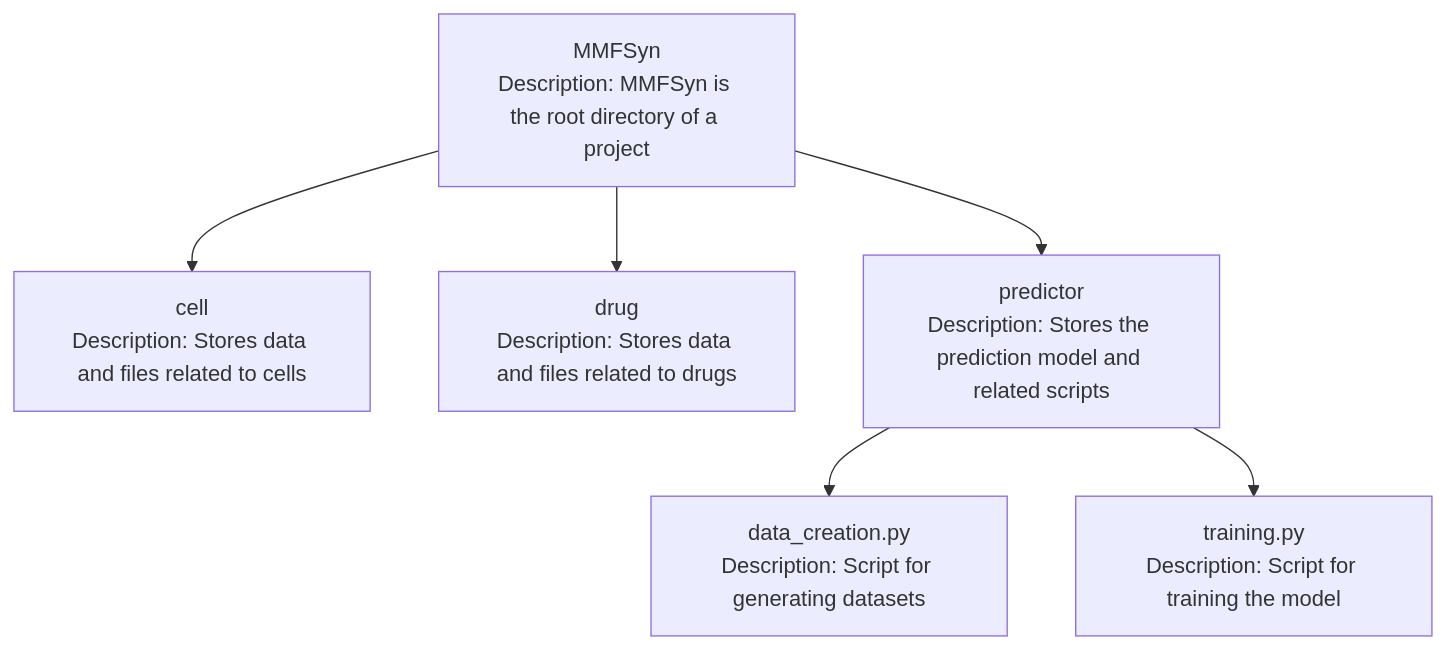
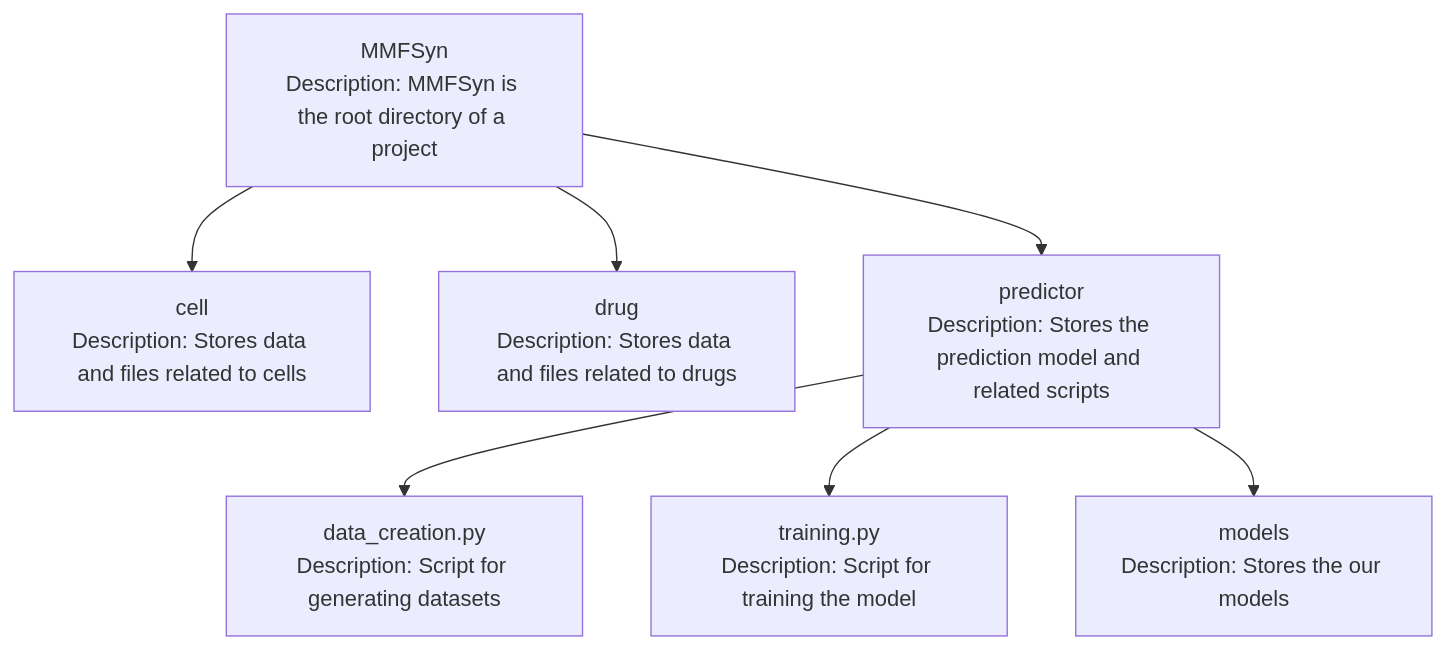
Before and after one commit to Pluto-Yt/MMFSyn: the diagram in README.md, drawn with Mermaid. The commit also changed other lines of this file, not shown here.

````diff
--- a/README.md
+++ b/README.md
@@ -38,8 +15,9 @@
 ```mermaid
 graph TD
     A[MMFSyn<br>Description: MMFSyn is the root directory of a project] --> B[cell<br>Description: Stores data and files related to cells]
     A --> C[drug<br>Description: Stores data and files related to drugs]
     A --> D[predictor<br>Description: Stores the prediction model and related scripts]
     D --> E[data_creation.py<br>Description: Script for generating datasets]
     D --> F[training.py<br>Description: Script for training the model]
+    D --> G[models<br>Description: Stores the our models]
 ```
````
